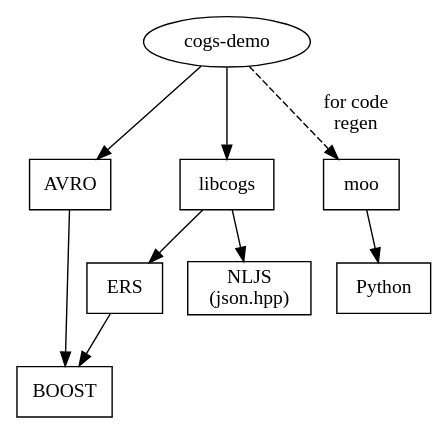
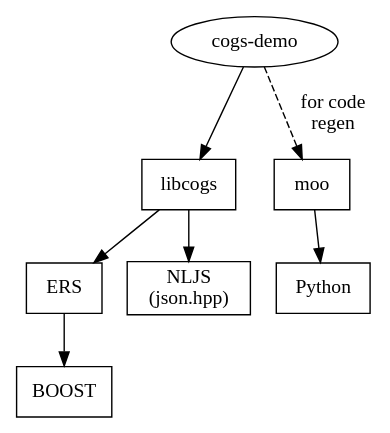
Before and after one commit to brettviren/cogs: the diagram in deps.dot, drawn with Graphviz. The commit also changed 24 other files, not shown here.

```diff
--- a/deps.dot
+++ b/deps.dot
@@ -1,16 +1,14 @@
 digraph deps {
         "cogs-demo"[label="cogs-demo"]
         node[shape=box]
         ERS
         NLJS[label="NLJS\n(json.hpp)"]
-        {rank=same; AVRO; cogs; moo}
+        {rank=same; cogs; moo}
         cogs[label="libcogs"]
         ERS->BOOST
-        AVRO->BOOST
         cogs->ERS
         cogs->NLJS
         "cogs-demo"->cogs
-        "cogs-demo"->AVRO
         "cogs-demo"->moo[style=dashed,label="for code\nregen"]
         moo->Python
 }
```
